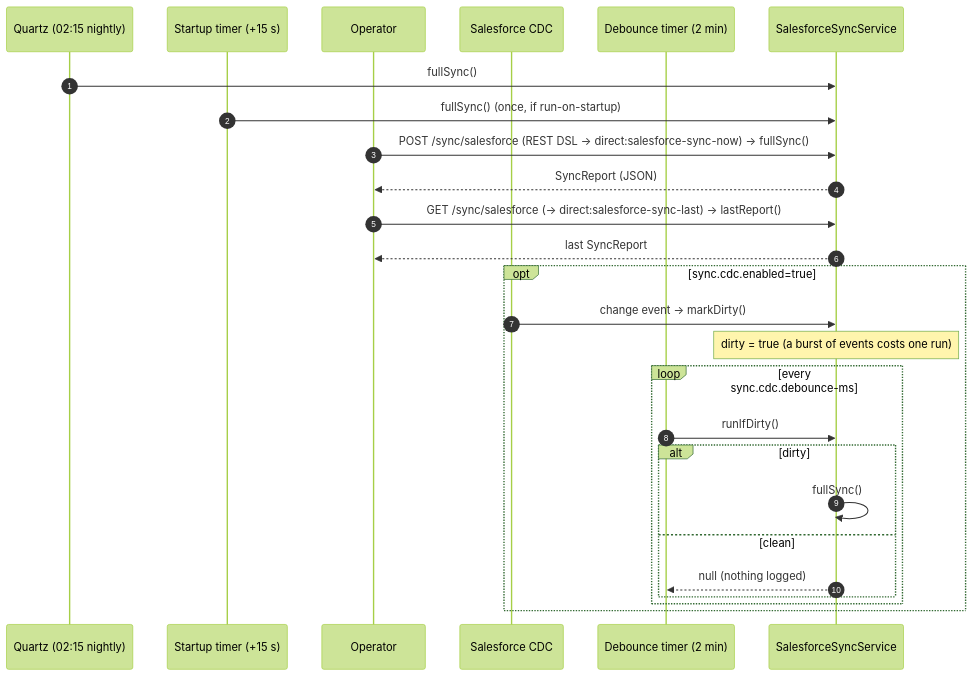
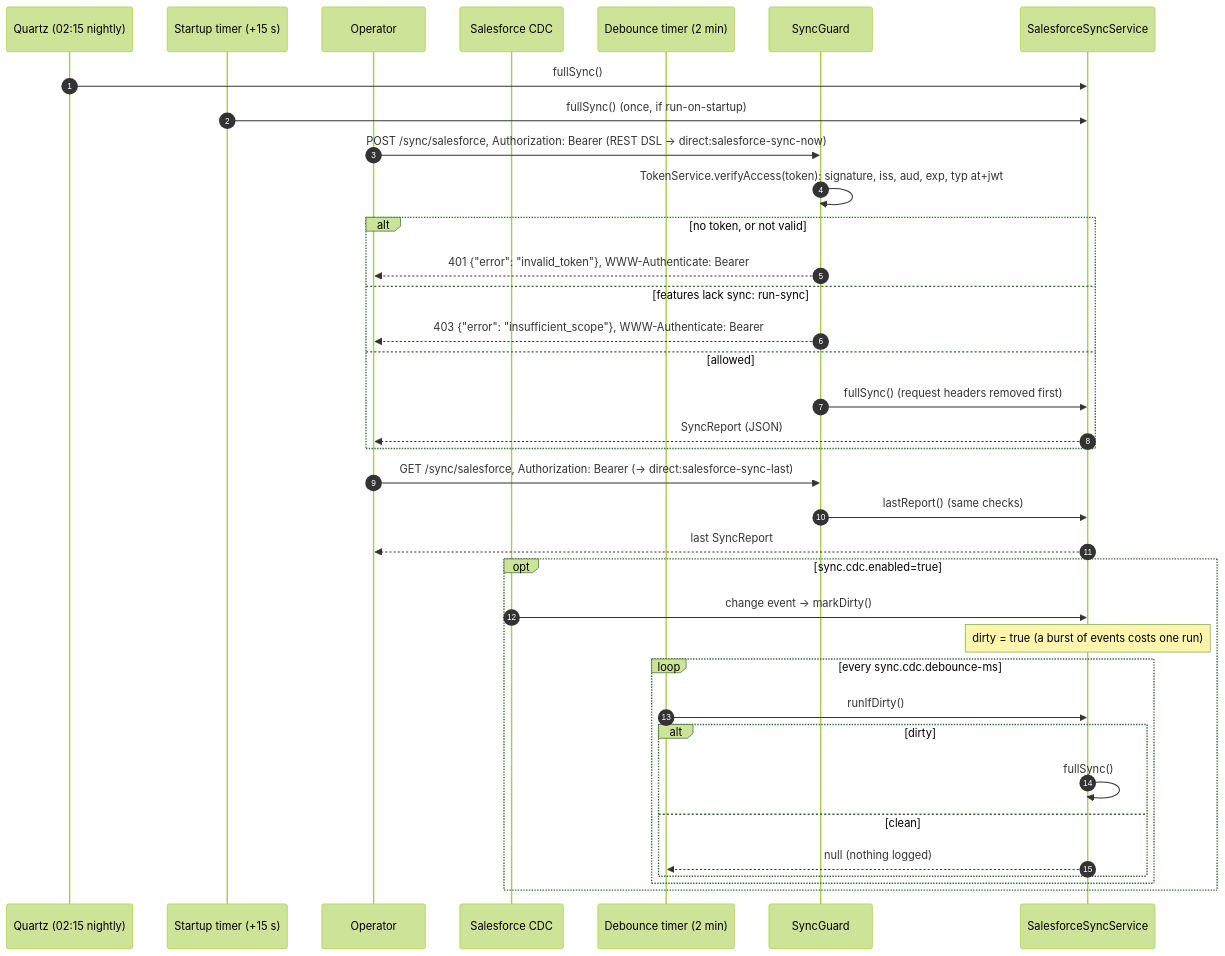
The first of 3 diagrams in docs/sequence/salesforce-sync.md (willmorejg/sf-ldap-sync), drawn with Mermaid (forest theme) before and after one commit. The commit also changed other lines of this file and 206 other files, not shown here.

````diff
--- a/docs/sequence/salesforce-sync.md
+++ b/docs/sequence/salesforce-sync.md
@@ -19,30 +21,40 @@
 ```mermaid
 sequenceDiagram
     autonumber
     participant Q as Quartz (02:15 nightly)
     participant T as Startup timer (+15 s)
     participant Op as Operator
     participant SF as Salesforce CDC
     participant D as Debounce timer (2 min)
+    participant G as SyncGuard
     participant S as SalesforceSyncService
 
     Q->>S: fullSync()
     T->>S: fullSync() (once, if run-on-startup)
-    Op->>S: POST /sync/salesforce (REST DSL → direct:salesforce-sync-now) → fullSync()
-    S-->>Op: SyncReport (JSON)
-    Op->>S: GET /sync/salesforce (→ direct:salesforce-sync-last) → lastReport()
+    Op->>G: POST /sync/salesforce, Authorization: Bearer (REST DSL → direct:salesforce-sync-now)
+    G->>G: TokenService.verifyAccess(token): signature, iss, aud, exp, typ at+jwt
+    alt no token, or not valid
+        G-->>Op: 401 {"error": "invalid_token"}, WWW-Authenticate: Bearer
+    else features lack sync: run-sync
+        G-->>Op: 403 {"error": "insufficient_scope"}, WWW-Authenticate: Bearer
+    else allowed
+        G->>S: fullSync() (request headers removed first)
+        S-->>Op: SyncReport (JSON)
+    end
+    Op->>G: GET /sync/salesforce, Authorization: Bearer (→ direct:salesforce-sync-last)
+    G->>S: lastReport() (same checks)
     S-->>Op: last SyncReport
 
     opt sync.cdc.enabled=true
         SF->>S: change event → markDirty()
         Note over S: dirty = true (a burst of events costs one run)
         loop every sync.cdc.debounce-ms
             D->>S: runIfDirty()
             alt dirty
                 S->>S: fullSync()
             else clean
                 S-->>D: null (nothing logged)
             end
         end
     end
 ```
````
